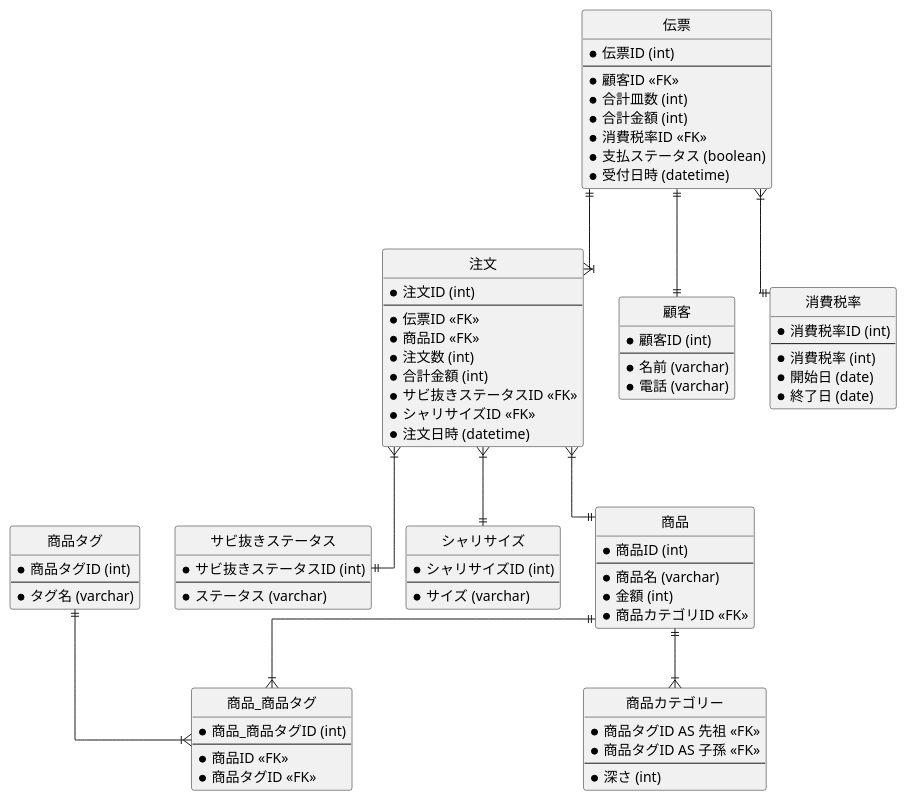
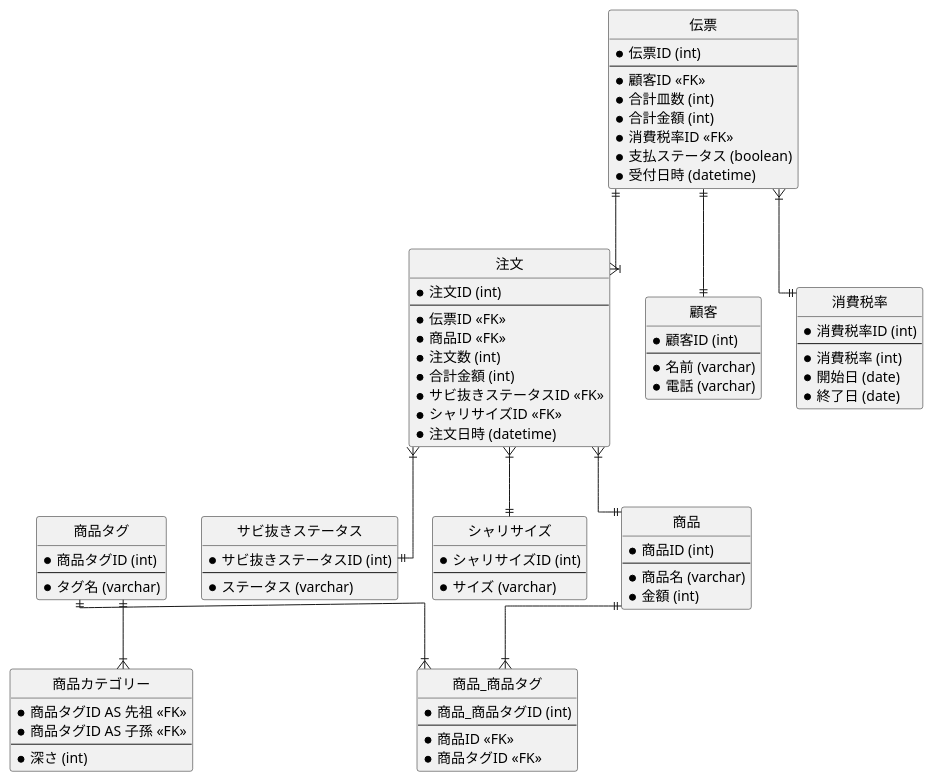
Before and after one commit to kooooichi24/praha-challenge-pair-1a: the diagram in 29/db/refactor-pair-review-1.wsd, drawn with PlantUML. The commit also changed 2 other files, not shown here.

```diff
--- a/29/db/refactor-pair-review-1.wsd
+++ b/29/db/refactor-pair-review-1.wsd
@@ -1,98 +1,97 @@
 @startuml refactor-pair-review-1
 
 ' hide the spot
 hide circle
 ' avoid problems with angled crows feet
 skinparam linetype ortho
 
 entity 注文 {
   *注文ID (int)
   --
   *伝票ID <<FK>>
   *商品ID <<FK>>
   *注文数 (int)
   *合計金額 (int)
   *サビ抜きステータスID <<FK>>
   *シャリサイズID <<FK>>
   *注文日時 (datetime)
 }
 
 entity サビ抜きステータス {
   *サビ抜きステータスID (int)
   --
   *ステータス (varchar)
 }
 
 
 entity シャリサイズ {
   *シャリサイズID (int)
   --
   *サイズ (varchar)
 }
 
 entity 顧客 {
   *顧客ID (int)
   --
   *名前 (varchar)
   *電話 (varchar)
 }
 
 entity 商品 {
   *商品ID (int)
   --
   *商品名 (varchar)
   *金額 (int)
-  *商品カテゴリID <<FK>>
 }
 
 entity 商品_商品タグ {
   *商品_商品タグID (int)
   --
   *商品ID <<FK>>
   *商品タグID <<FK>>
 }
 
 entity 商品タグ {
   *商品タグID (int)
   --
   *タグ名 (varchar)
 }
 
 entity 商品カテゴリー {
   *商品タグID AS 先祖 <<FK>> 
   *商品タグID AS 子孫 <<FK>> 
   --
   *深さ (int)
 }
 
 
 entity 伝票 {
   *伝票ID (int)
   --
   *顧客ID <<FK>>
   *合計皿数 (int)
   *合計金額 (int)
   *消費税率ID <<FK>>
   *支払ステータス (boolean)
   *受付日時 (datetime)
 }
 
 entity 消費税率 {
   *消費税率ID (int)
   --
   *消費税率 (int)
   *開始日 (date)
   *終了日 (date)
 }
 
 商品タグ ||--|{ 商品_商品タグ
 商品 ||--|{ 商品_商品タグ
-商品 ||--|{ 商品カテゴリー
+商品タグ ||--|{ 商品カテゴリー
 注文 }|--|| 商品
 注文 }|--|| サビ抜きステータス
 注文 }|--|| シャリサイズ
 伝票 ||--|| 顧客
 伝票 ||--|{ 注文
 伝票 }|--|| 消費税率
 
 @enduml
```
